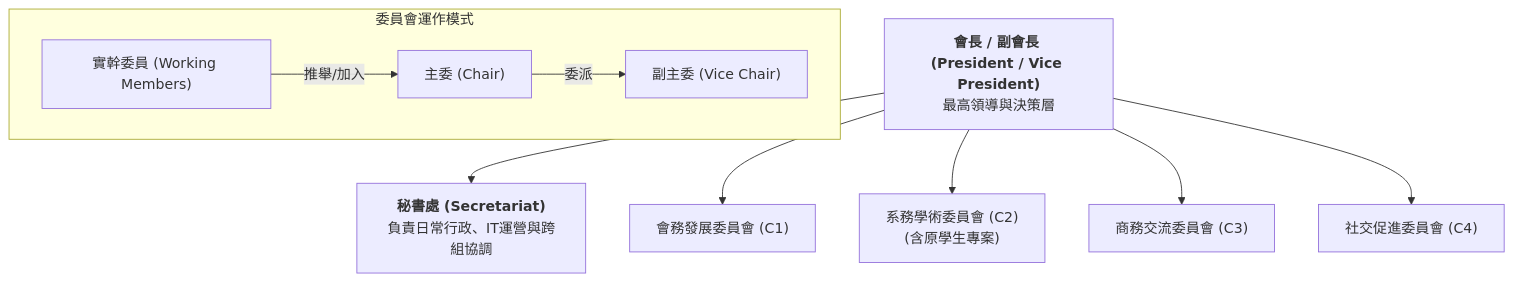
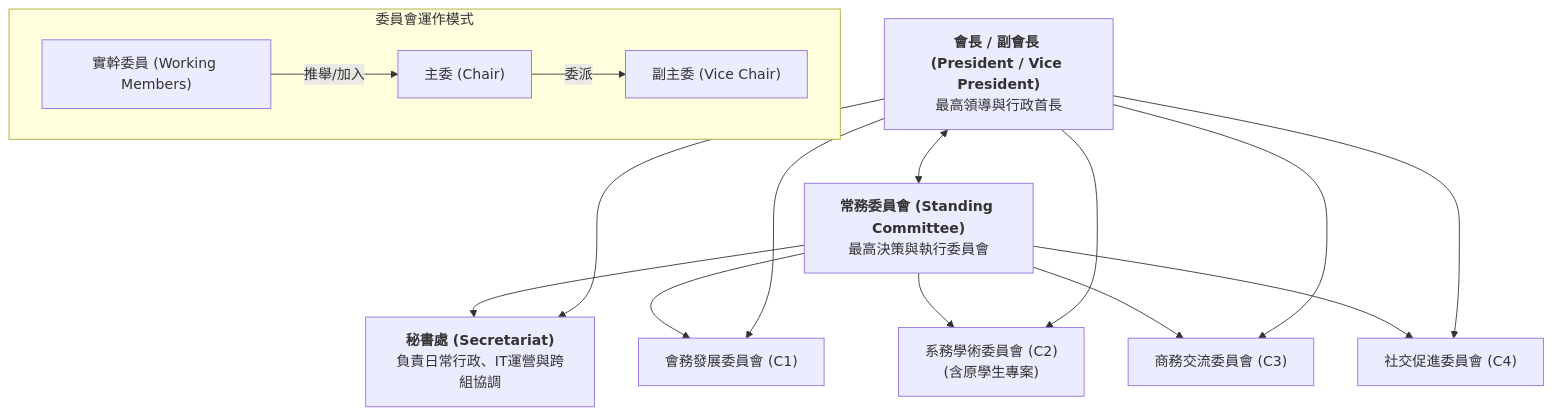
The diagram in content/governance/org-structure.md (NYCU-MEAA/nycu-meaa.github.io), drawn with Mermaid before and after one commit. The commit also changed other lines of this file, not shown here.

````diff
--- a/content/governance/org-structure.md
+++ b/content/governance/org-structure.md
@@ -14,25 +14,33 @@
 ```mermaid
 graph TD
-    Pres["<b>會長 / 副會長 (President / Vice President)</b><br/>最高領導與決策層"] 
+    Pres["<b>會長 / 副會長 (President / Vice President)</b><br/>最高領導與行政首長"] 
+    StandingCom["<b>常務委員會 (Standing Committee)</b><br/>最高決策與執行委員會"]
     Sec["<b>秘書處 (Secretariat)</b><br/>負責日常行政、IT運營與跨組協調"]
     
     C1["會務發展委員會 (C1)"]
     C2["系務學術委員會 (C2)<br/>(含原學生專案)"]
     C3["商務交流委員會 (C3)"]
     C4["社交促進委員會 (C4)"]
+
+    Pres <--> StandingCom
+    StandingCom --> Sec
+    StandingCom --> C1
+    StandingCom --> C2
+    StandingCom --> C3
+    StandingCom --> C4
 
     Pres --> Sec
     Pres --> C1
     Pres --> C2
     Pres --> C3
     Pres --> C4
 
     subgraph "委員會運作模式"
         C_Chair["主委 (Chair)"]
         C_VChair["副主委 (Vice Chair)"]
         C_Members["實幹委員 (Working Members)"]
         
         C_Chair -- "委派" --> C_VChair
         C_Members -- "推舉/加入" --> C_Chair
     end
 ```
````
